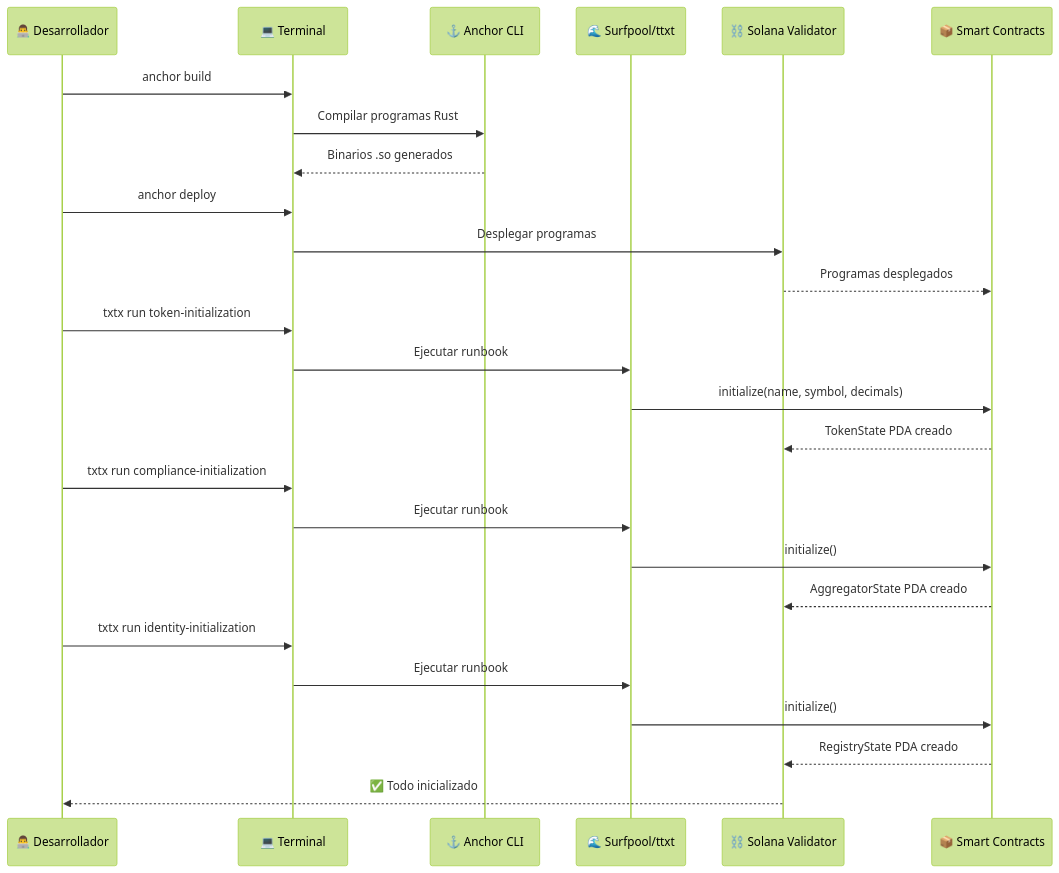
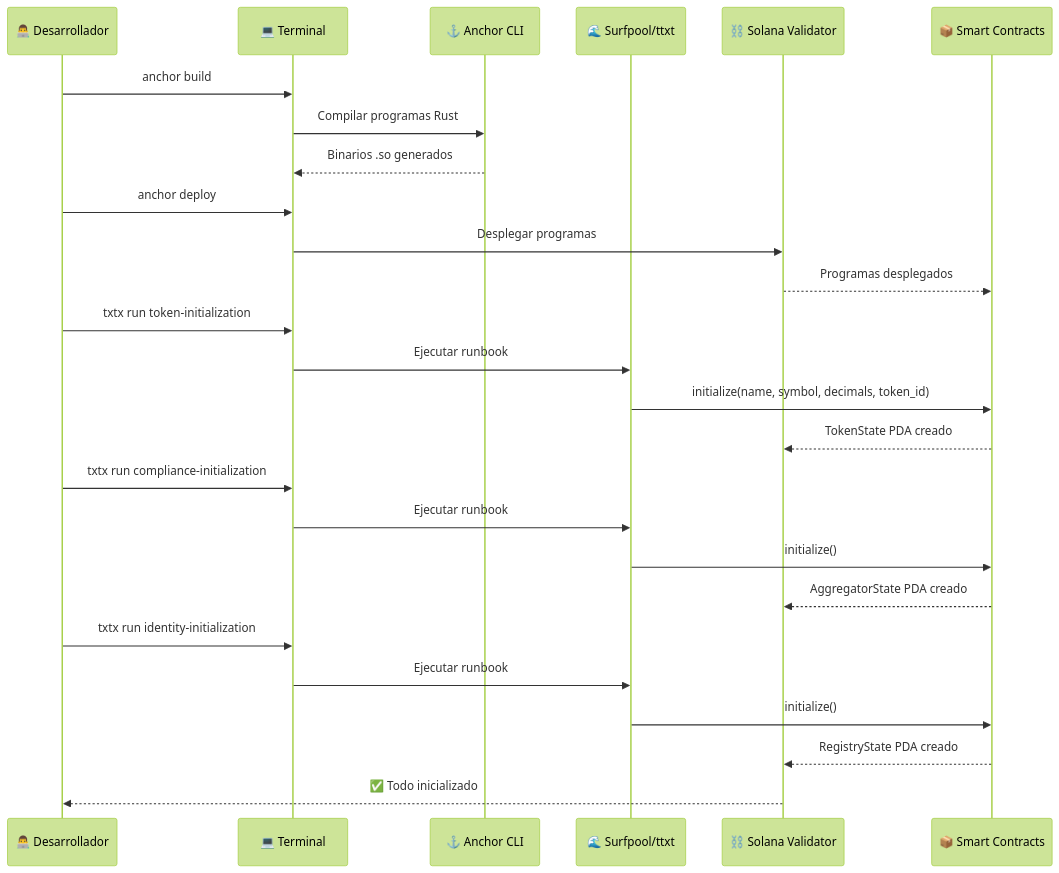
One commit to 87maxi/rwa changed the fourth of 6 diagrams in README.md. Above: the diagram before and after it, drawn with Mermaid (forest theme). The commit also changed other lines of this file, not shown here.

First line of the commit message:
docs(README): update documentation for multi-token architecture

````diff
--- a/README.md
+++ b/README.md
@@ -407,34 +418,34 @@
 ```mermaid
 sequenceDiagram
     participant Dev as 👨‍💻 Desarrollador
     participant CLI as 💻 Terminal
     participant Anchor as ⚓ Anchor CLI
     participant Surfpool as 🌊 Surfpool/ttxt
     participant Validator as ⛓️ Solana Validator
     participant Programs as 📦 Smart Contracts
     
     Dev->>CLI: anchor build
     CLI->>Anchor: Compilar programas Rust
     Anchor-->>CLI: Binarios .so generados
     
     Dev->>CLI: anchor deploy
     CLI->>Validator: Desplegar programas
     Validator-->>Programs: Programas desplegados
     
     Dev->>CLI: txtx run token-initialization
     CLI->>Surfpool: Ejecutar runbook
-    Surfpool->>Programs: initialize(name, symbol, decimals)
+    Surfpool->>Programs: initialize(name, symbol, decimals, token_id)
     Programs-->>Validator: TokenState PDA creado
     
     Dev->>CLI: txtx run compliance-initialization
     CLI->>Surfpool: Ejecutar runbook
     Surfpool->>Programs: initialize()
     Programs-->>Validator: AggregatorState PDA creado
     
     Dev->>CLI: txtx run identity-initialization
     CLI->>Surfpool: Ejecutar runbook
     Surfpool->>Programs: initialize()
     Programs-->>Validator: RegistryState PDA creado
     
     Validator-->>Dev: ✅ Todo inicializado
 ```
````
